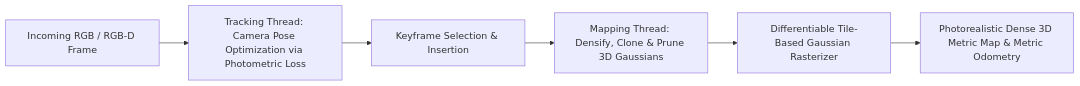
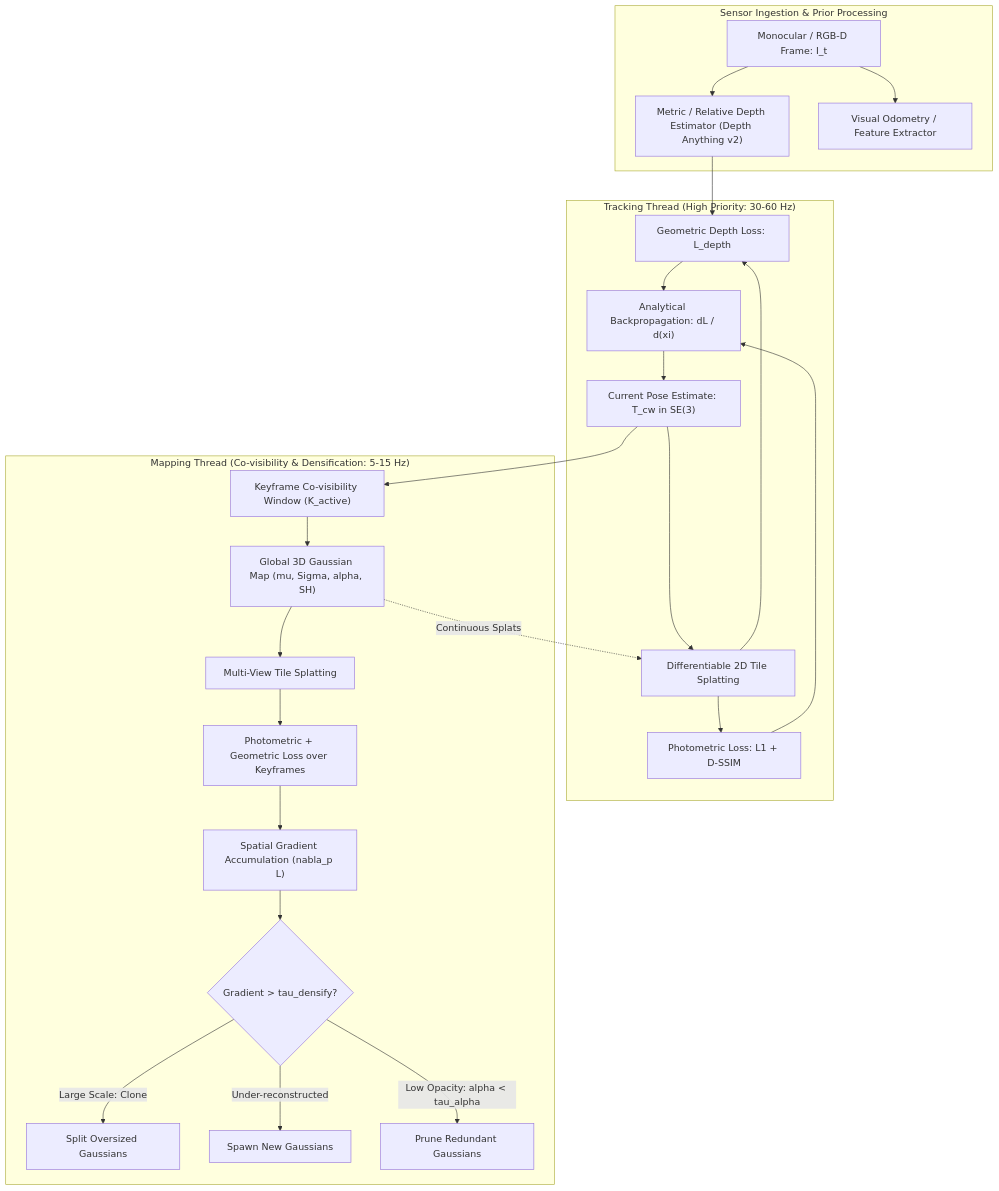
Before and after one commit to sergiomh499/cv-projects: the diagram in architectures/spatial-radiance-and-slam/3dgs-slam-and-monogs.md, drawn with Mermaid. The commit also changed other lines of this file and 41 other files, not shown here.

Commit message:
docs(vault): deep expansion across 20 topic production pipelines, 2025-2026 architectures (RF-DETR, Qwen2.5-VL, MambaVision), and complete taxonomy matrices

````diff
--- a/architectures/spatial-radiance-and-slam/3dgs-slam-and-monogs.md
+++ b/architectures/spatial-radiance-and-slam/3dgs-slam-and-monogs.md
@@ -37,9 +43,30 @@
 ```mermaid
-flowchart LR
-    RGBD["Incoming RGB / RGB-D Frame"] --> Tracking["Tracking Thread: Camera Pose Optimization via Photometric Loss"]
-    Tracking --> Keyframe["Keyframe Selection & Insertion"]
-    Keyframe --> Mapping["Mapping Thread: Densify, Clone & Prune 3D Gaussians"]
-    Mapping --> SplatEngine["Differentiable Tile-Based Gaussian Rasterizer"]
-    SplatEngine --> OutMap["Photorealistic Dense 3D Metric Map & Metric Odometry"]
+flowchart TD
+    subgraph Ingestion_and_Priors ["Sensor Ingestion & Prior Processing"]
+        RGB["Monocular / RGB-D Frame: I_t"] --> DepthPrior["Metric / Relative Depth Estimator (Depth Anything v2)"]
+        RGB --> OpticalTracker["Visual Odometry / Feature Extractor"]
+    end
 
+    subgraph Tracking_Thread ["Tracking Thread (High Priority: 30-60 Hz)"]
+        PoseParam["Current Pose Estimate: T_cw in SE(3)"] --> RasterizeTracking["Differentiable 2D Tile Splatting"]
+        RasterizeTracking --> PhotometricLoss["Photometric Loss: L1 + D-SSIM"]
+        RasterizeTracking --> DepthLoss["Geometric Depth Loss: L_depth"]
+        PhotometricLoss & DepthLoss --> BackwardSE3["Analytical Backpropagation: dL / d(xi)"]
+        BackwardSE3 --> PoseParam
+    end
+
+    subgraph Mapping_Thread ["Mapping Thread (Co-visibility & Densification: 5-15 Hz)"]
+        KeyframeBuffer["Keyframe Co-visibility Window (K_active)"] --> GaussianStore["Global 3D Gaussian Map (mu, Sigma, alpha, SH)"]
+        GaussianStore --> RasterizeMapping["Multi-View Tile Splatting"]
+        RasterizeMapping --> MapLoss["Photometric + Geometric Loss over Keyframes"]
+        MapLoss --> GradStats["Spatial Gradient Accumulation (nabla_p L)"]
+        GradStats --> DensityControl{"Gradient > tau_densify?"}
+        DensityControl -->|Large Scale: Clone| Clone["Split Oversized Gaussians"]
+        DensityControl -->|Under-reconstructed| Densify["Spawn New Gaussians"]
+        DensityControl -->|Low Opacity: alpha < tau_alpha| Prune["Prune Redundant Gaussians"]
+    end
+
+    DepthPrior --> DepthLoss
+    PoseParam --> KeyframeBuffer
+    GaussianStore -.->|Continuous Splats| RasterizeTracking
 ```
````
